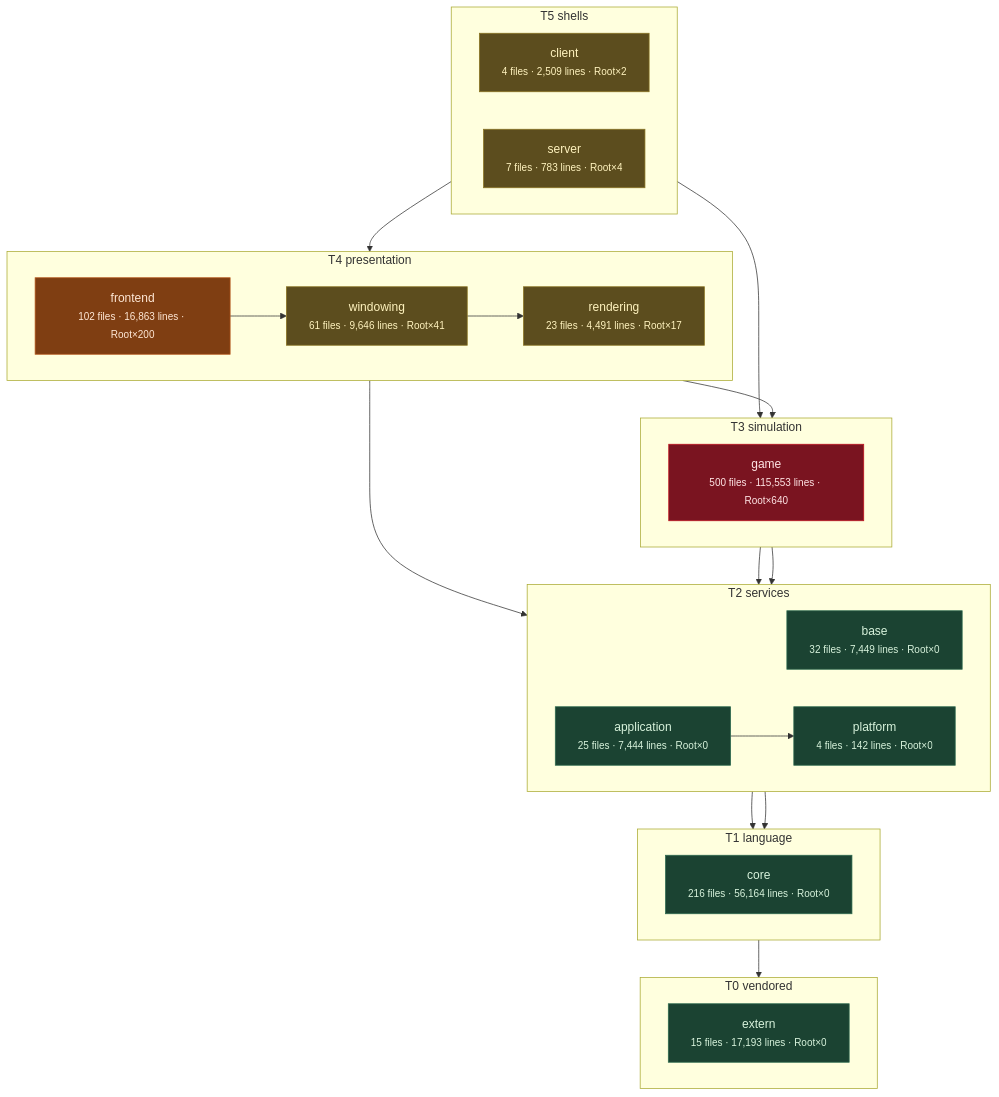
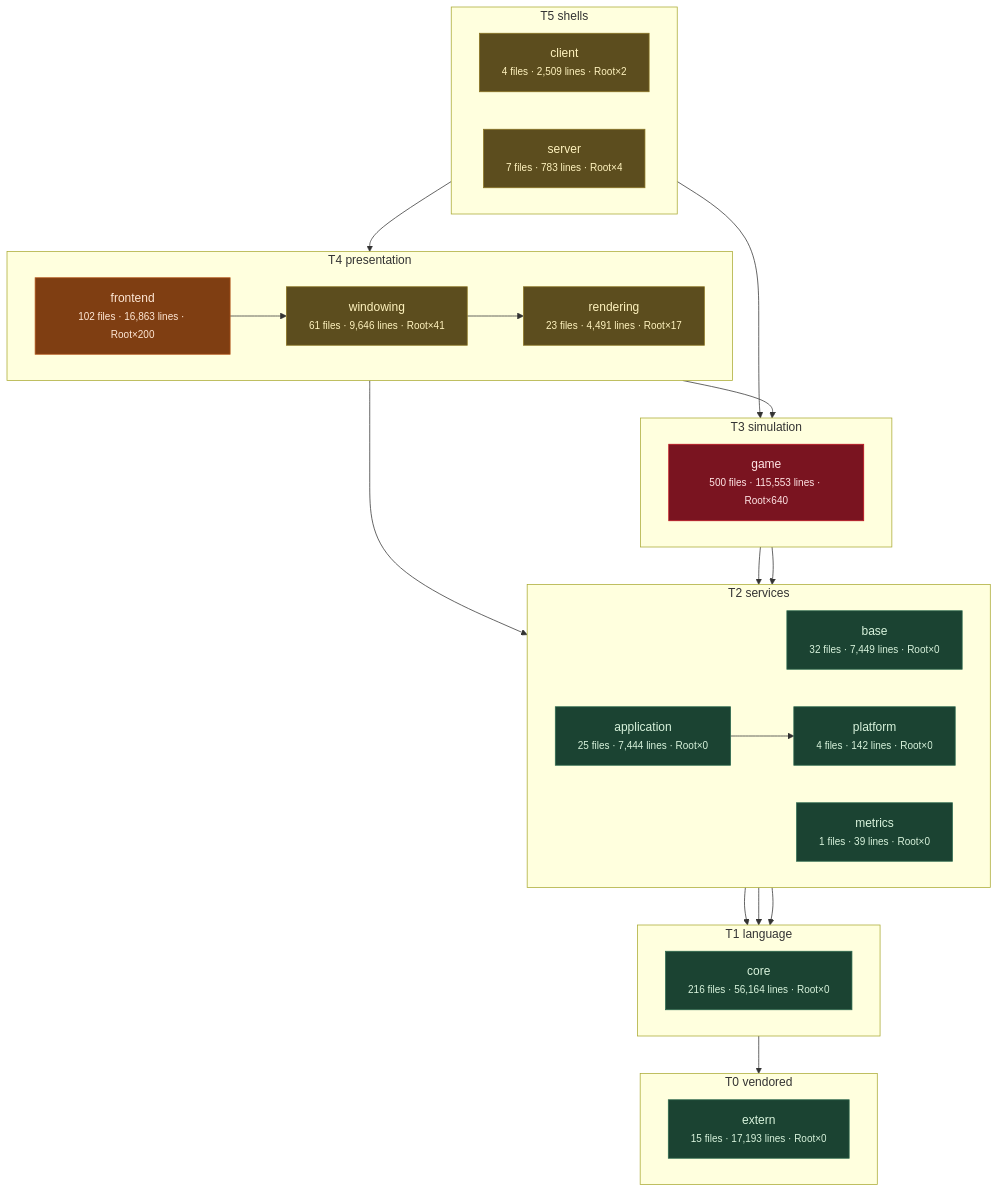
The third of 11 diagrams in docs/architecture/system-boundaries.md (apnex/OpenStarbound), drawn with Mermaid before and after one commit. The commit also changed other lines of this file and 6 other files, not shown here.

````diff
--- a/docs/architecture/system-boundaries.md
+++ b/docs/architecture/system-boundaries.md
@@ -270,52 +271,54 @@
 ```mermaid
 flowchart TD
   subgraph T0["T0 vendored"]
     direction LR
     extern["extern<br/><small>15 files · 17,193 lines · Root×0</small>"]
   end
   subgraph T1["T1 language"]
     direction LR
     core["core<br/><small>216 files · 56,164 lines · Root×0</small>"]
   end
   subgraph T2["T2 services"]
     direction LR
     base["base<br/><small>32 files · 7,449 lines · Root×0</small>"]
+    metrics["metrics<br/><small>1 files · 39 lines · Root×0</small>"]
     platform["platform<br/><small>4 files · 142 lines · Root×0</small>"]
     application["application<br/><small>25 files · 7,444 lines · Root×0</small>"]
   end
   subgraph T3["T3 simulation"]
     direction LR
     game["game<br/><small>500 files · 115,553 lines · Root×640</small>"]
   end
   subgraph T4["T4 presentation"]
     direction LR
     rendering["rendering<br/><small>23 files · 4,491 lines · Root×17</small>"]
     windowing["windowing<br/><small>61 files · 9,646 lines · Root×41</small>"]
     frontend["frontend<br/><small>102 files · 16,863 lines · Root×200</small>"]
   end
   subgraph T5["T5 shells"]
     direction LR
     client["client<br/><small>4 files · 2,509 lines · Root×2</small>"]
     server["server<br/><small>7 files · 783 lines · Root×4</small>"]
   end
   core --> extern
   base --> core
+  metrics --> core
   platform --> core
   application --> platform
   game --> base
   game --> platform
   rendering --> application
   rendering --> game
   windowing --> rendering
   frontend --> windowing
   client --> frontend
   server --> game
   classDef clean fill:#1b4332,stroke:#2d6a4f,color:#d8f3dc
   classDef warm  fill:#5c4d1e,stroke:#8a7420,color:#fff3bf
   classDef hot   fill:#7f3e12,stroke:#b5561b,color:#ffe8d6
   classDef blaze fill:#7a1420,stroke:#c1121f,color:#ffe5e5
-  class extern,core,base,platform,application clean
+  class extern,core,base,metrics,platform,application clean
   class rendering,windowing,client,server warm
   class frontend hot
   class game blaze
 ```
````
